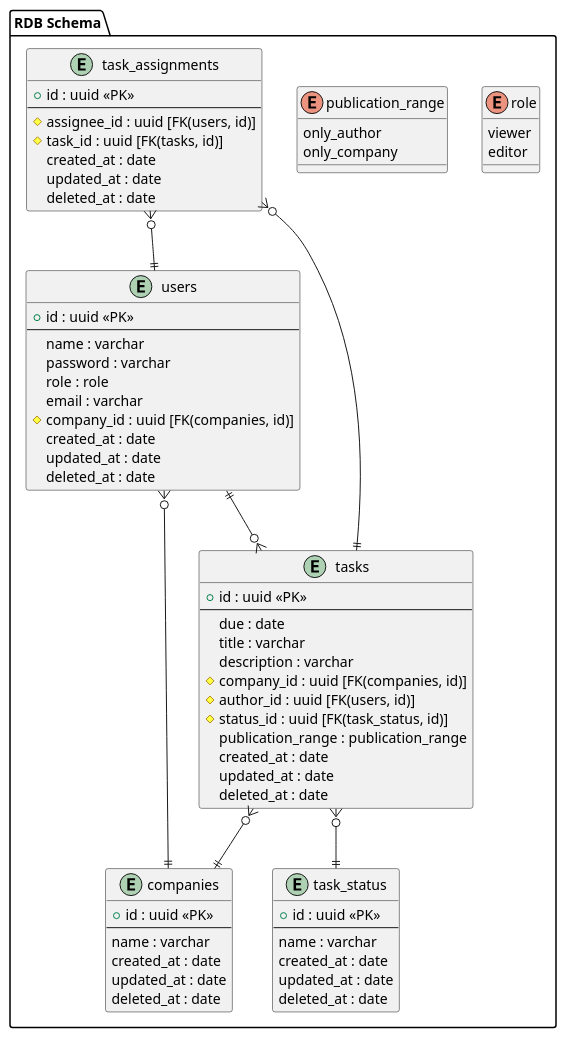
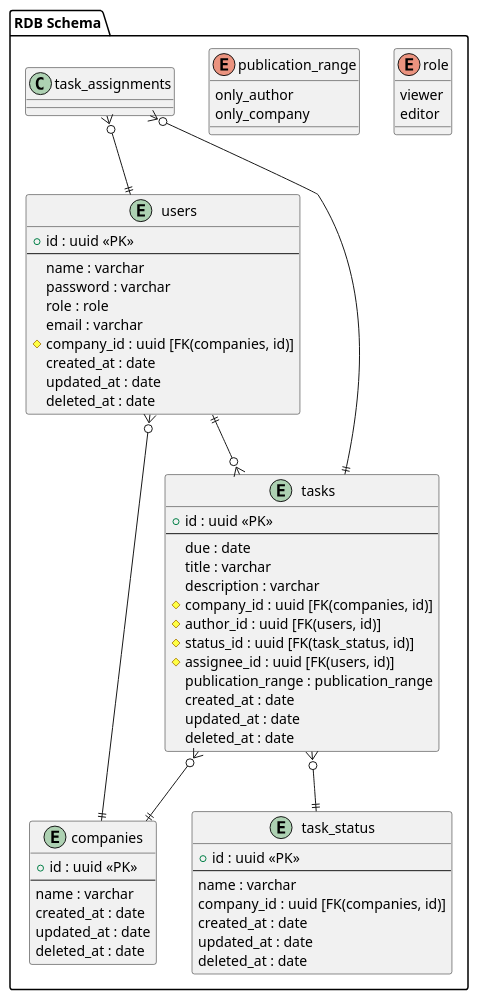
One commit to reibomaru/todo-app changed the diagram in design_files/todo.puml. Above: the diagram before and after it, drawn with PlantUML. The commit also changed 3 other files, not shown here.

Commit message:
refactor: changed schema and api design

```diff
--- a/design_files/todo.puml
+++ b/design_files/todo.puml
@@ -1,79 +1,71 @@
 @startuml todo
 
 package "RDB Schema" {
 
   enum "role" {
     viewer
     editor
   }
 
   enum "publication_range" {
     only_author
     only_company
   }
 
   entity "companies" {
     + id : uuid <<PK>>
     ---
     name : varchar
     created_at : date
     updated_at : date
     deleted_at : date
   }
 
   entity "users" {
     + id : uuid <<PK>>
     ---
     name : varchar
     password : varchar
     role : role
     email : varchar
     # company_id : uuid [FK(companies, id)]
     created_at : date
     updated_at : date
     deleted_at : date
   }
 
-  entity "task_assignments" {
-    + id : uuid <<PK>>
-    ---
-    # assignee_id : uuid [FK(users, id)]
-    # task_id : uuid [FK(tasks, id)]
-    created_at : date
-    updated_at : date
-    deleted_at : date
-  }
-
   entity "task_status" {
     + id : uuid <<PK>>
     ---
     name : varchar
+    company_id : uuid [FK(companies, id)]
     created_at : date
     updated_at : date
     deleted_at : date
   }
 
   entity "tasks" {
     + id : uuid <<PK>>
     ---
     due : date
     title : varchar
     description : varchar
     # company_id : uuid [FK(companies, id)]
     # author_id : uuid [FK(users, id)]
     # status_id : uuid [FK(task_status, id)]
+    # assignee_id : uuid [FK(users, id)]
     publication_range : publication_range
     created_at : date
     updated_at : date
     deleted_at : date
   }
 
   users }o--|| companies
   tasks }o--|| companies
   tasks }o--|| task_status
   users ||--o{ tasks
   task_assignments }o--|| users
   task_assignments }o--|| tasks
 }
 
 @enduml
```
